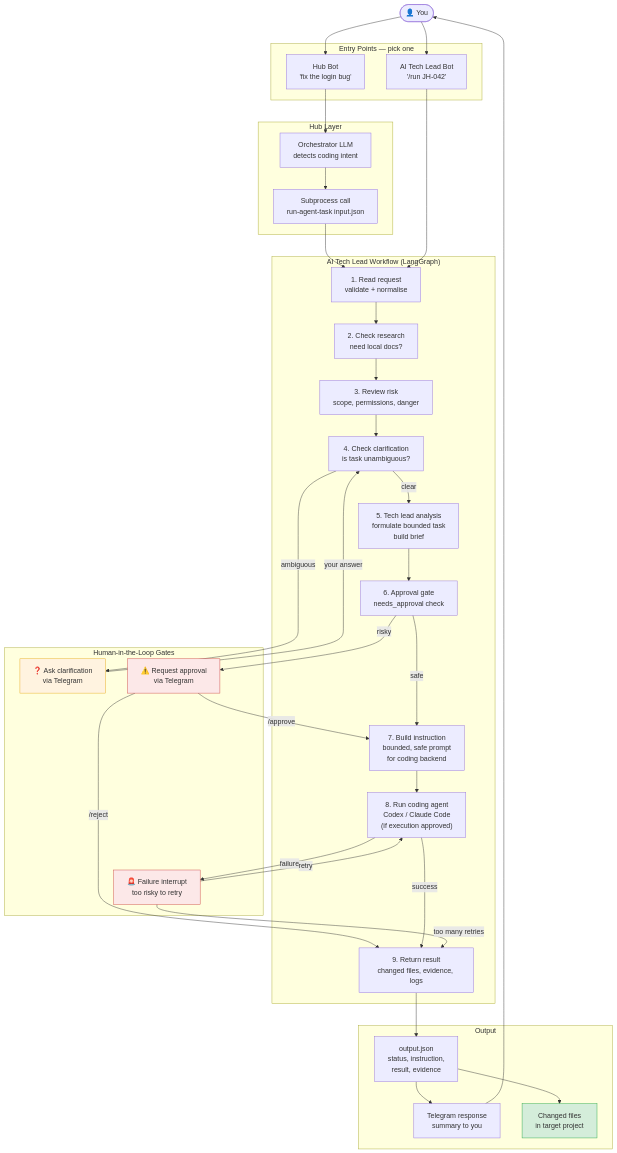
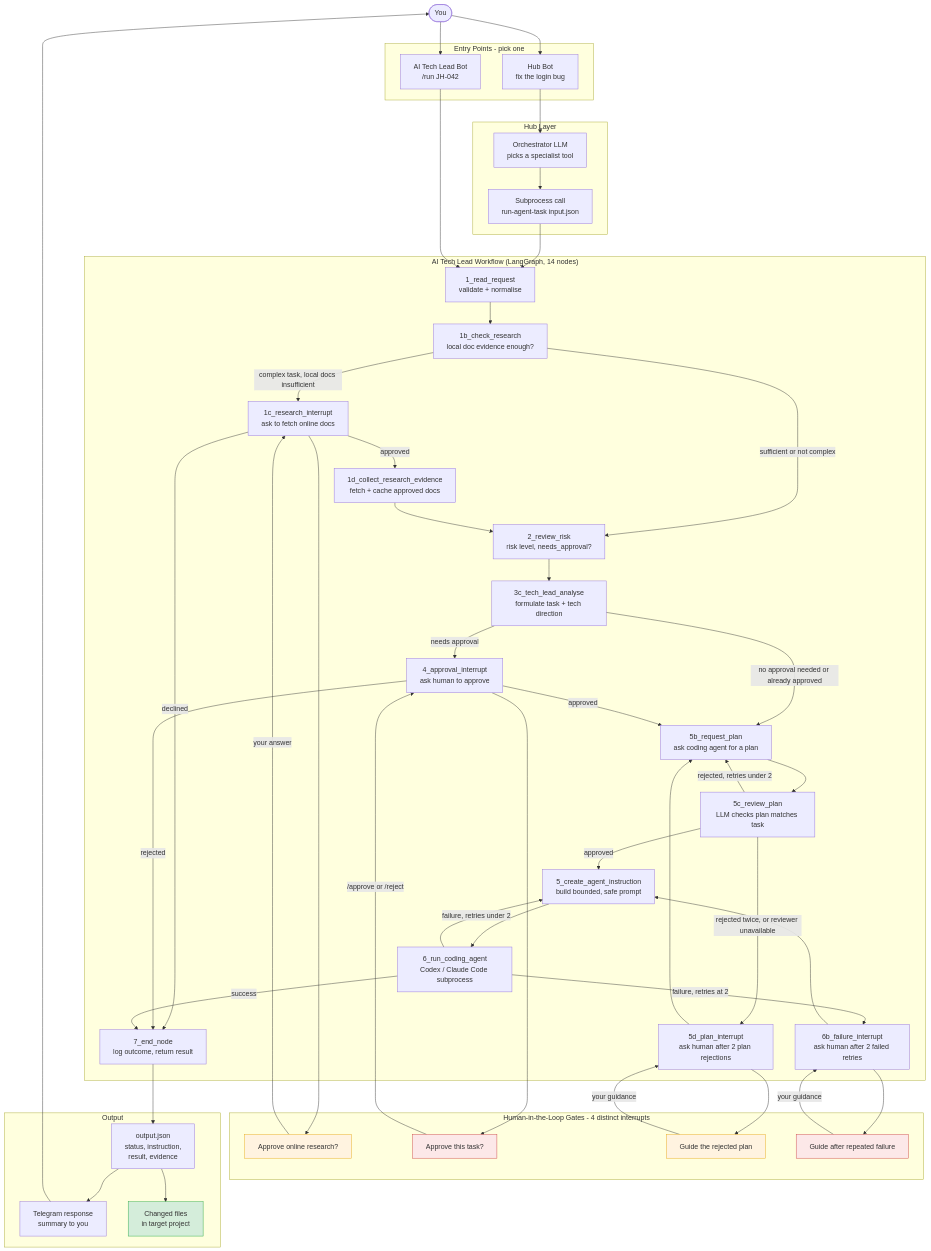
The diagram in docs/diagrams/06-CODING-TASK-END-TO-END.md (robvoto/agent-hub), drawn with Mermaid before and after one commit. The commit also changed other lines of this file and 32 other files, not shown here.

First line of the commit message:
feat: real specialist dispatch, task lifecycle, hub memory, and operator commands

````diff
--- a/docs/diagrams/06-CODING-TASK-END-TO-END.md
+++ b/docs/diagrams/06-CODING-TASK-END-TO-END.md
@@ -5,39 +5,45 @@
 ```mermaid
 flowchart TD
-    You([👤 You])
+    You([You])
 
-    subgraph Entry["Entry Points — pick one"]
-        HubTG["Hub Bot\n'fix the login bug'"]
-        ATLTGDirect["AI Tech Lead Bot\n'/run JH-042'"]
+    subgraph Entry["Entry Points - pick one"]
+        HubTG["Hub Bot<br/>fix the login bug"]
+        ATLTGDirect["AI Tech Lead Bot<br/>/run JH-042"]
     end
 
     subgraph HubLayer["Hub Layer"]
-        HubOrch["Orchestrator LLM\ndetects coding intent"]
-        SubProc["Subprocess call\nrun-agent-task input.json"]
+        HubOrch["Orchestrator LLM<br/>picks a specialist tool"]
+        SubProc["Subprocess call<br/>run-agent-task input.json"]
     end
 
-    subgraph ATLWorkflow["AI Tech Lead Workflow (LangGraph)"]
-        ReadReq["1. Read request\nvalidate + normalise"]
-        Research["2. Check research\nneed local docs?"]
-        Risk["3. Review risk\nscope, permissions, danger"]
-        Clarify["4. Check clarification\nis task unambiguous?"]
-        Analyse["5. Tech lead analysis\nformulate bounded task\nbuild brief"]
-        Approval["6. Approval gate\nneeds_approval check"]
-        Instruction["7. Build instruction\nbounded, safe prompt\nfor coding backend"]
-        RunAgent["8. Run coding agent\nCodex / Claude Code\n(if execution approved)"]
-        End["9. Return result\nchanged files, evidence, logs"]
+    subgraph ATLWorkflow["AI Tech Lead Workflow (LangGraph, 14 nodes)"]
+        ReadReq["1_read_request<br/>validate + normalise"]
+        CheckResearch["1b_check_research<br/>local doc evidence enough?"]
+        ResearchInterrupt["1c_research_interrupt<br/>ask to fetch online docs"]
+        CollectResearch["1d_collect_research_evidence<br/>fetch + cache approved docs"]
+        ReviewRisk["2_review_risk<br/>risk level, needs_approval?"]
+        TechLead["3c_tech_lead_analyse<br/>formulate task + tech direction"]
+        ApprovalInterrupt["4_approval_interrupt<br/>ask human to approve"]
+        RequestPlan["5b_request_plan<br/>ask coding agent for a plan"]
+        ReviewPlan["5c_review_plan<br/>LLM checks plan matches task"]
+        PlanInterrupt["5d_plan_interrupt<br/>ask human after 2 plan rejections"]
+        CreateInstruction["5_create_agent_instruction<br/>build bounded, safe prompt"]
+        RunAgent["6_run_coding_agent<br/>Codex / Claude Code subprocess"]
+        FailureInterrupt["6b_failure_interrupt<br/>ask human after 2 failed retries"]
+        EndNode["7_end_node<br/>log outcome, return result"]
     end
 
-    subgraph HumanGates["Human-in-the-Loop Gates"]
-        ClarifyQ["❓ Ask clarification\nvia Telegram"]
-        ApproveQ["⚠️ Request approval\nvia Telegram"]
-        FailQ["🚨 Failure interrupt\ntoo risky to retry"]
+    subgraph HumanGates["Human-in-the-Loop Gates - 4 distinct interrupts"]
+        ResearchQ["Approve online research?"]
+        ApproveQ["Approve this task?"]
+        PlanQ["Guide the rejected plan"]
+        FailQ["Guide after repeated failure"]
     end
 
     subgraph Output["Output"]
-        JSONOut["output.json\nstatus, instruction,\nresult, evidence"]
-        TGResponse["Telegram response\nsummary to you"]
-        ChangedFiles["Changed files\nin target project"]
+        JSONOut["output.json<br/>status, instruction,<br/>result, evidence"]
+        TGResponse["Telegram response<br/>summary to you"]
+        ChangedFiles["Changed files<br/>in target project"]
     end
 
     You --> HubTG
@@ -48,35 +54,49 @@
     SubProc --> ReadReq
     ATLTGDirect --> ReadReq
 
-    ReadReq --> Research
-    Research --> Risk
-    Risk --> Clarify
+    ReadReq --> CheckResearch
+    CheckResearch -->|complex task, local docs insufficient| ResearchInterrupt
+    CheckResearch -->|sufficient or not complex| ReviewRisk
 
-    Clarify -->|ambiguous| ClarifyQ
-    ClarifyQ -->|your answer| Clarify
+    ResearchInterrupt --> ResearchQ
+    ResearchQ -->|your answer| ResearchInterrupt
+    ResearchInterrupt -->|approved| CollectResearch
+    ResearchInterrupt -->|declined| EndNode
+    CollectResearch --> ReviewRisk
 
-    Clarify -->|clear| Analyse
-    Analyse --> Approval
+    ReviewRisk --> TechLead
 
-    Approval -->|risky| ApproveQ
-    ApproveQ -->|/approve| Instruction
-    ApproveQ -->|/reject| End
+    TechLead -->|needs approval| ApprovalInterrupt
+    TechLead -->|no approval needed or already approved| RequestPlan
+    ApprovalInterrupt --> ApproveQ
+    ApproveQ -->|/approve or /reject| ApprovalInterrupt
+    ApprovalInterrupt -->|approved| RequestPlan
+    ApprovalInterrupt -->|rejected| EndNode
 
-    Approval -->|safe| Instruction
-    Instruction --> RunAgent
+    RequestPlan --> ReviewPlan
+    ReviewPlan -->|approved| CreateInstruction
+    ReviewPlan -->|rejected, retries under 2| RequestPlan
+    ReviewPlan -->|rejected twice, or reviewer unavailable| PlanInterrupt
+    PlanInterrupt --> PlanQ
+    PlanQ -->|your guidance| PlanInterrupt
+    PlanInterrupt --> RequestPlan
 
-    RunAgent -->|success| End
-    RunAgent -->|failure| FailQ
-    FailQ -->|retry| RunAgent
-    FailQ -->|too many retries| End
+    CreateInstruction --> RunAgent
+    RunAgent -->|success| EndNode
+    RunAgent -->|failure, retries under 2| CreateInstruction
+    RunAgent -->|failure, retries at 2| FailureInterrupt
+    FailureInterrupt --> FailQ
+    FailQ -->|your guidance| FailureInterrupt
+    FailureInterrupt --> CreateInstruction
 
-    End --> JSONOut
+    EndNode --> JSONOut
     JSONOut --> TGResponse
     JSONOut --> ChangedFiles
     TGResponse --> You
 
-    style ClarifyQ fill:#fff3e0,stroke:#e6a817
+    style ResearchQ fill:#fff3e0,stroke:#e6a817
     style ApproveQ fill:#fce8e8,stroke:#cc4444
+    style PlanQ fill:#fff3e0,stroke:#e6a817
     style FailQ fill:#fce8e8,stroke:#cc4444
     style ChangedFiles fill:#d4edda,stroke:#28a745
 ```
````
